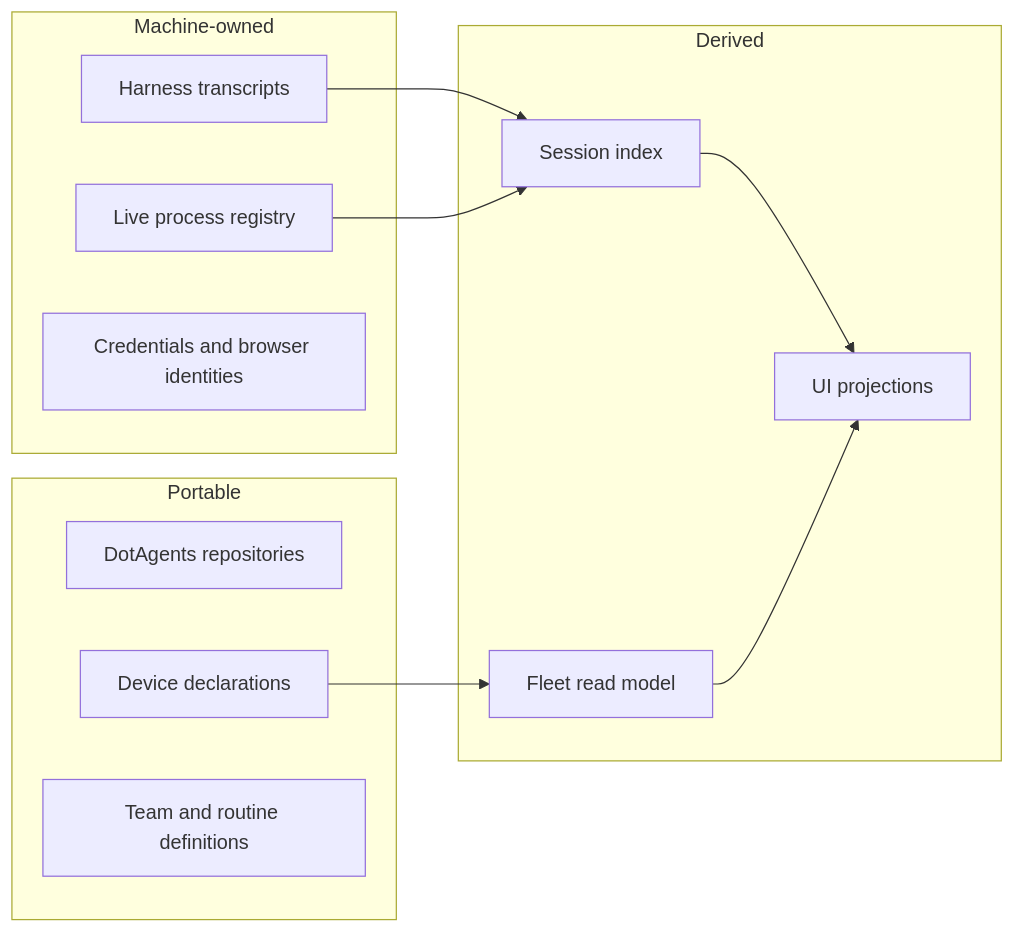
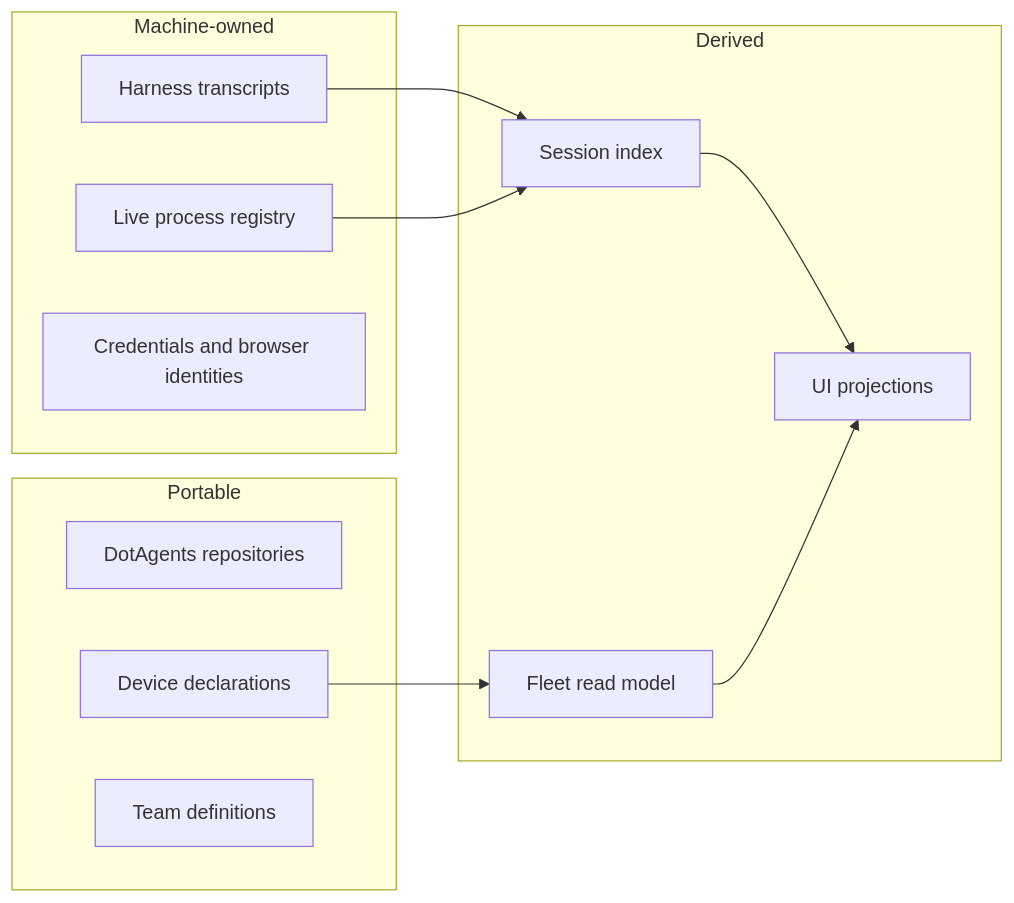
Before and after one commit to phnx-labs/agi-cli: the second of 2 diagrams in cli/docs/architecture.md, drawn with Mermaid. The commit also changed other lines of this file and 224 other files, not shown here.

````diff
--- a/cli/docs/architecture.md
+++ b/cli/docs/architecture.md
@@ -42,23 +42,23 @@
 ```mermaid
 flowchart LR
   subgraph Portable
     DR[DotAgents repositories]
     DD[Device declarations]
-    TD[Team and routine definitions]
+    TD[Team definitions]
   end
   subgraph Machine-owned
     HT[Harness transcripts]
     LR[Live process registry]
     CR[Credentials and browser identities]
   end
   subgraph Derived
     SI[Session index]
     FR[Fleet read model]
     UI[UI projections]
   end
   HT --> SI
   LR --> SI
   DD --> FR
   SI --> UI
   FR --> UI
 ```
````
